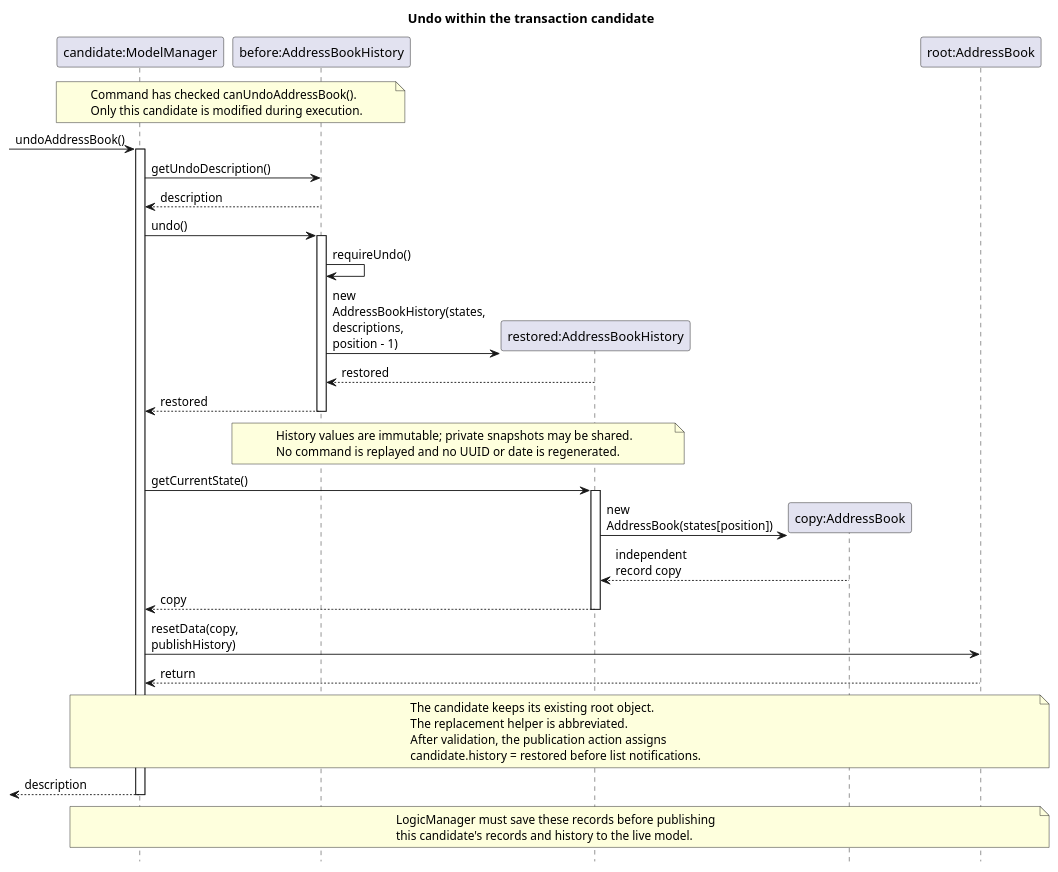
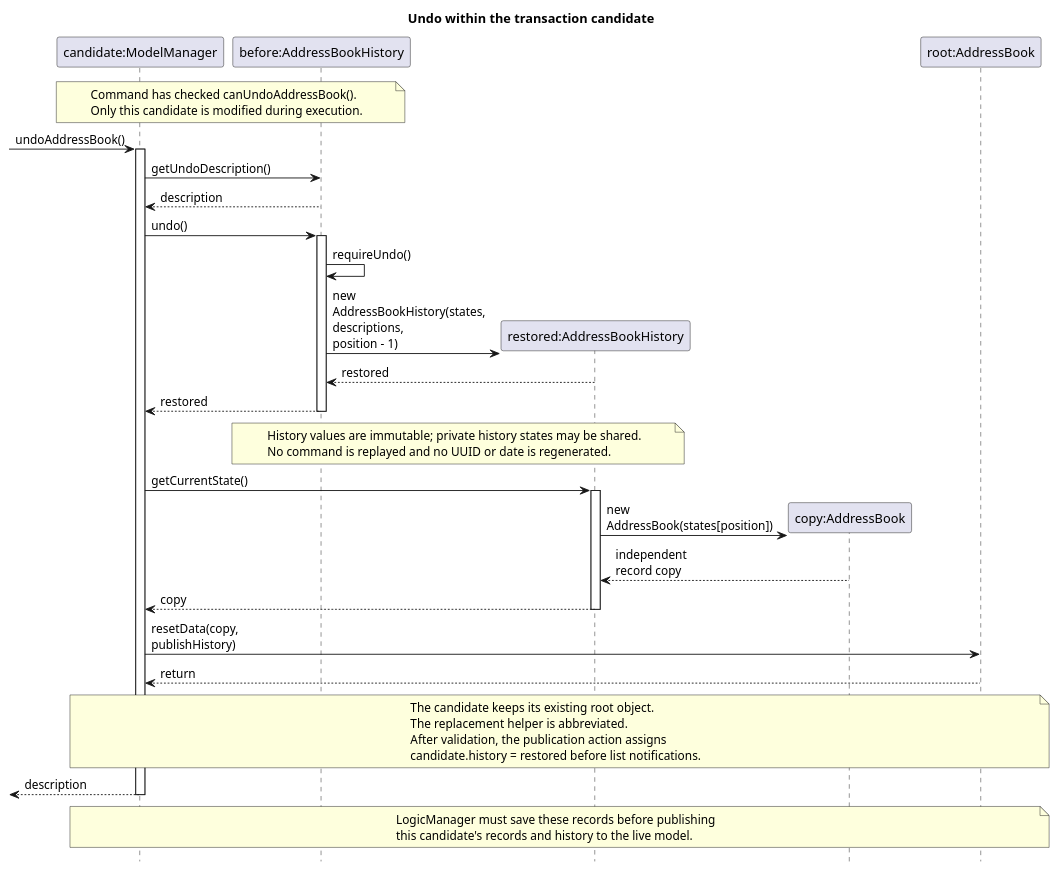
Before and after one commit to AY2627S1-CS2103T-F15-2/tp: the diagram in diagrams/UndoSequenceDiagram-Model.puml, drawn with PlantUML. The commit also changed 107 other files, not shown here.

```diff
--- a/diagrams/UndoSequenceDiagram-Model.puml
+++ b/diagrams/UndoSequenceDiagram-Model.puml
@@ -1,60 +1,60 @@
 @startuml
 skinparam shadowing false
 skinparam defaultFontName Arial
 skinparam maxMessageSize 105
 <style>
 participant {
   padding 10
 }
 </style>
 hide footbox
 
 title Undo within the transaction candidate
 participant "candidate:ModelManager" as candidate
 participant "before:AddressBookHistory" as before
 participant "restored:AddressBookHistory" as restored
 participant "copy:AddressBook" as copy
 participant "root:AddressBook" as root
 
 note over candidate, before
   Command has checked canUndoAddressBook().
   Only this candidate is modified during execution.
 end note
 [-> candidate : undoAddressBook()
 activate candidate
 candidate -> before : getUndoDescription()
 before --> candidate : description
 candidate -> before : undo()
 activate before
 before -> before : requireUndo()
 create restored
 before -> restored : new AddressBookHistory(states, descriptions, position - 1)
 restored --> before : restored
 before --> candidate : restored
 deactivate before
 note over before, restored
-  History values are immutable; private snapshots may be shared.
+  History values are immutable; private history states may be shared.
   No command is replayed and no UUID or date is regenerated.
 end note
 candidate -> restored : getCurrentState()
 activate restored
 create copy
 restored -> copy : new AddressBook(states[position])
 copy --> restored : independent record copy
 restored --> candidate : copy
 deactivate restored
 candidate -> root : resetData(copy, publishHistory)
 root --> candidate : return
 note over candidate, root
   The candidate keeps its existing root object.
   The replacement helper is abbreviated.
   After validation, the publication action assigns
   candidate.history = restored before list notifications.
 end note
 [<-- candidate : description
 deactivate candidate
 note over candidate, root
   LogicManager must save these records before publishing
   this candidate's records and history to the live model.
 end note
 @enduml
```
